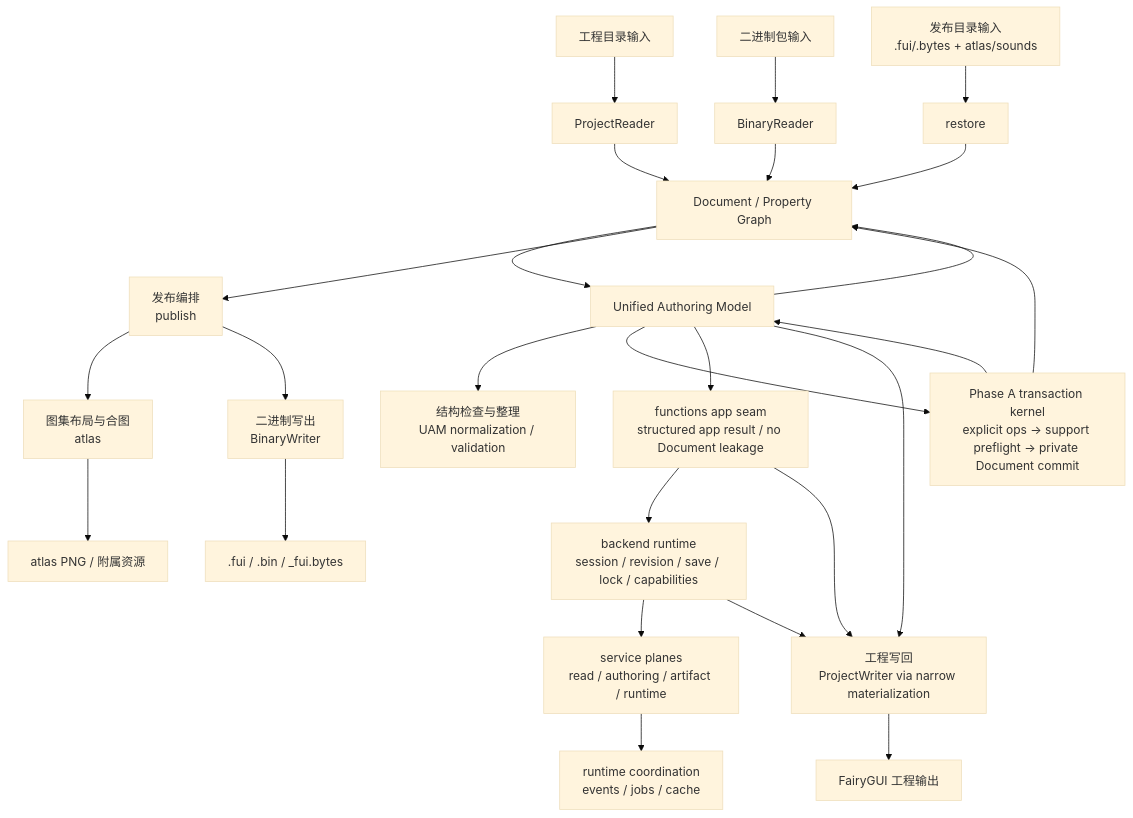
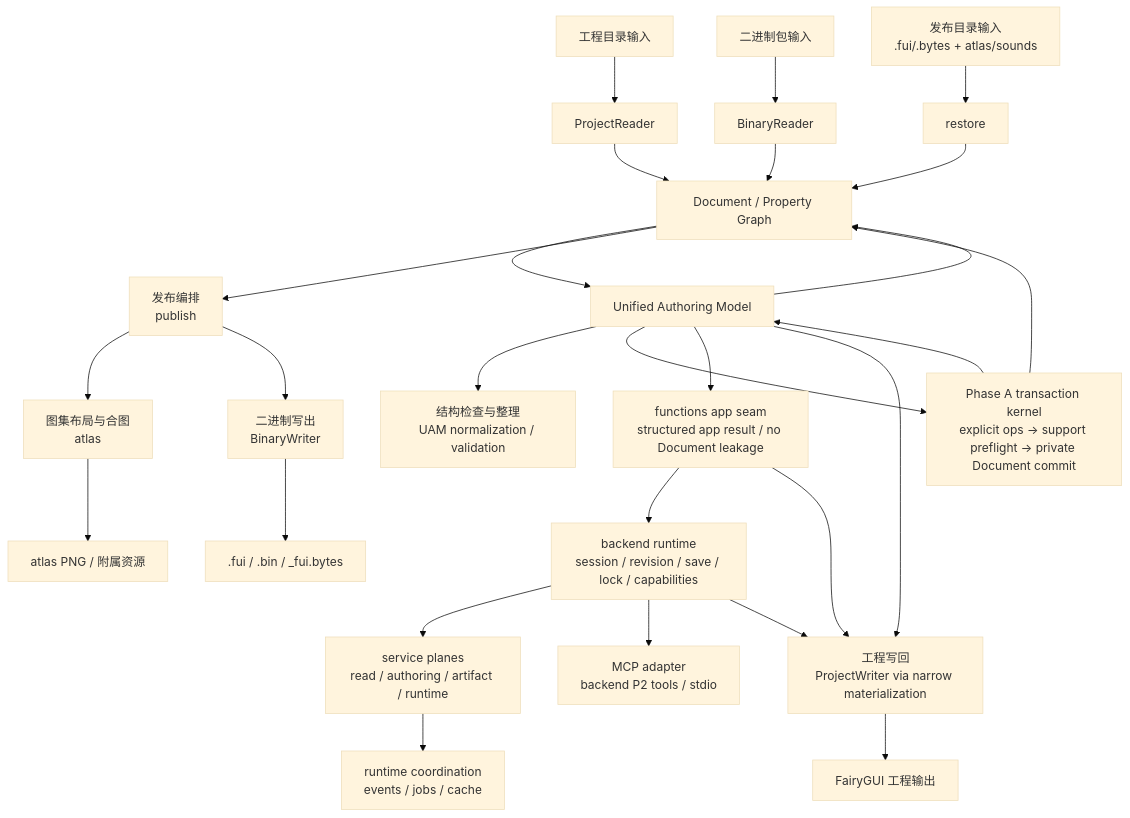
One commit to OpenFairyGUI/OpenFairyGUI changed the second of 2 diagrams in docs/architecture-overview.md. Above: the diagram before and after it, drawn with Mermaid (base theme). The commit also changed other lines of this file and 16 other files, not shown here.

````diff
--- a/docs/architecture-overview.md
+++ b/docs/architecture-overview.md
@@ -245,28 +256,29 @@
 ```mermaid
 flowchart TD
     A["工程目录输入"] --> B["ProjectReader"]
     X["二进制包输入"] --> Y["BinaryReader"]
     R["发布目录输入<br/>.fui/.bytes + atlas/sounds"] --> S["restore"]
     B --> C["Document / Property Graph"]
     Y --> C
     S --> C
     C --> U["Unified Authoring Model"]
     U --> D["结构检查与整理<br/>UAM normalization / validation"]
     U --> T["Phase A transaction kernel<br/>explicit ops -> support preflight -> private Document commit"]
     U --> A2["functions app seam<br/>structured app result / no Document leakage"]
     A2 --> B2["backend runtime<br/>session / revision / save / lock / capabilities"]
     B2 --> B3["service planes<br/>read / authoring / artifact / runtime"]
     B3 --> B4["runtime coordination<br/>events / jobs / cache"]
+    B2 --> M1["MCP adapter<br/>backend P2 tools / stdio"]
     T --> U
     T --> C
     U --> F["工程写回<br/>ProjectWriter via narrow materialization"]
     A2 --> F
     B2 --> F
     U --> C
     C --> E["发布编排<br/>publish"]
     E --> G["图集布局与合图<br/>atlas"]
     E --> H["二进制写出<br/>BinaryWriter"]
     F --> I["FairyGUI 工程输出"]
     G --> J["atlas PNG / 附属资源"]
     H --> K[".fui / .bin / _fui.bytes"]
 ```
````
